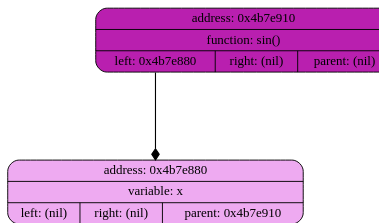
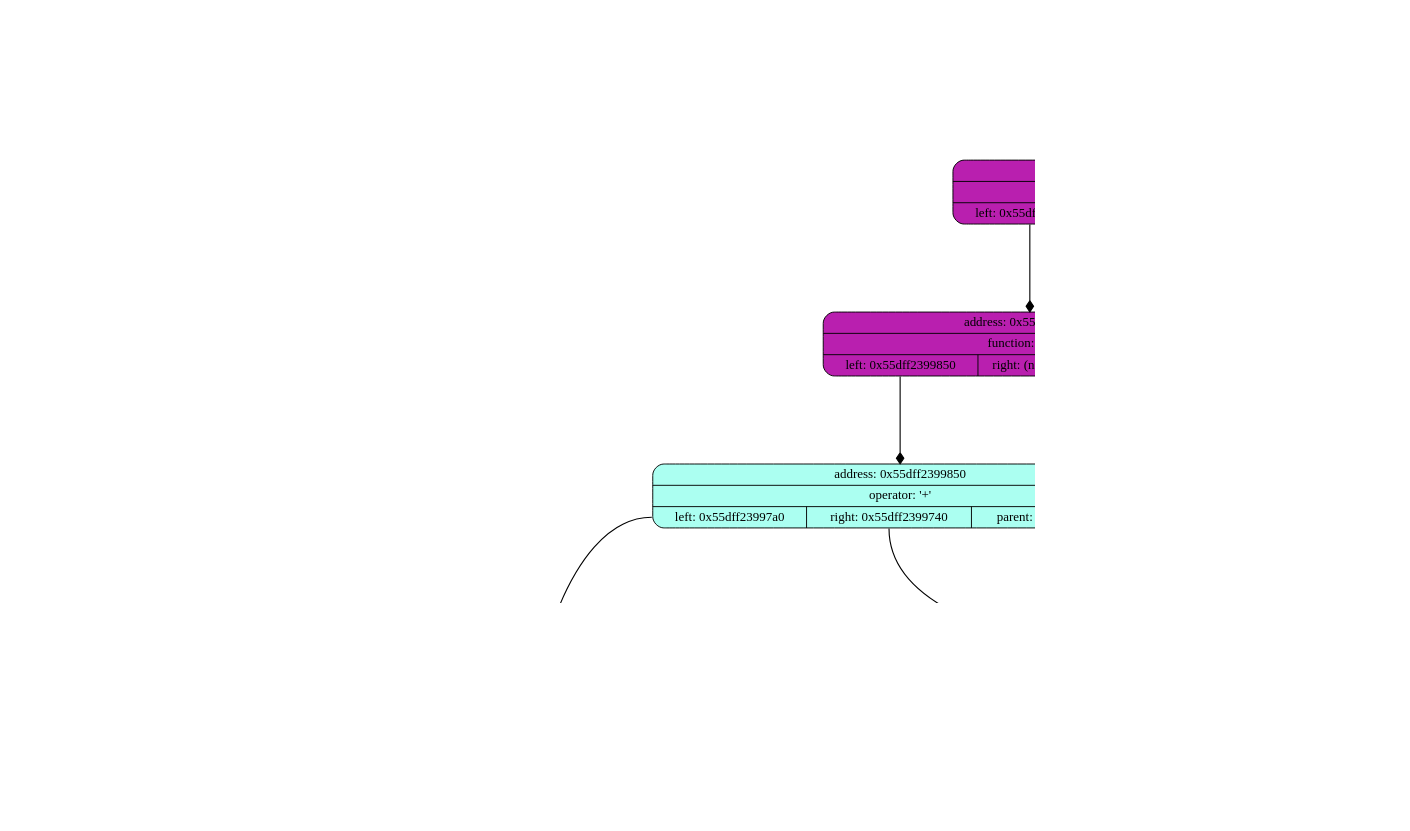
One commit to VictorBerbenets/Differentiator changed the diagram in data/list.dot. Above: the diagram before and after it, drawn with Graphviz. The commit also changed 22 other files, not shown here.

```diff
--- a/data/list.dot
+++ b/data/list.dot
@@ -1,13 +1,37 @@
 digraph List {
 	dpi = 100;
 	fontname = "Comic Sans MS";
 	fontsize = 20;
 	rankdir  = TB;
 graph [fillcolor = lightgreen, ranksep = 1.3, nodesep = 0.5, style = "rounded", color = green, penwidth = 2];
 edge [color = black, arrowhead = diamond, arrowsize = 1, penwidth = 1.2];
-node1 [shape = Mrecord, style = filled, fillcolor = "#B91FAF", label ="{address: 0x4b7e910|function: sin()| { <ptr1> left: 0x4b7e880| <ptr2> right: (nil)|parent: (nil)}}"]
-node2 [shape = Mrecord, style = filled, fillcolor = "#B91FAF", label ="{address: 0x4b7e910|function: sin()| { <ptr1> left: 0x4b7e880| <ptr2> right: (nil)|parent: (nil)}}"]
+node1 [shape = Mrecord, style = filled, fillcolor = "#B91FAF", label ="{address: 0x55dff2399970|function: sin()| { <ptr1> left: 0x55dff2399910| <ptr2> right: (nil)|parent: (nil)}}"]
+node2 [shape = Mrecord, style = filled, fillcolor = "#B91FAF", label ="{address: 0x55dff2399970|function: sin()| { <ptr1> left: 0x55dff2399910| <ptr2> right: (nil)|parent: (nil)}}"]
 node1: <ptr1> -> node2; 
-node2 [shape = Mrecord, style = filled, fillcolor = "#EEAAF1", label ="{address: 0x4b7e880|variable: x| { <ptr1> left: (nil)| <ptr2> right: (nil) |parent: 0x4b7e910}}"]
+node2 [shape = Mrecord, style = filled, fillcolor = "#B91FAF", label ="{address: 0x55dff2399910|function: arcsin()| { <ptr1> left: 0x55dff23998b0| <ptr2> right: (nil)|parent: 0x55dff2399970}}"]
+node3 [shape = Mrecord, style = filled, fillcolor = "#B91FAF", label ="{address: 0x55dff2399910|function: arcsin()| { <ptr1> left: 0x55dff23998b0| <ptr2> right: (nil)|parent: 0x55dff2399970}}"]
+node2: <ptr1> -> node3; 
+node3 [shape = Mrecord, style = filled, fillcolor = "#B91FAF", label ="{address: 0x55dff23998b0|function: arctg()| { <ptr1> left: 0x55dff2399850| <ptr2> right: (nil)|parent: 0x55dff2399910}}"]
+node4 [shape = Mrecord, style = filled, fillcolor = "#B91FAF", label ="{address: 0x55dff23998b0|function: arctg()| { <ptr1> left: 0x55dff2399850| <ptr2> right: (nil)|parent: 0x55dff2399910}}"]
+node3: <ptr1> -> node4; 
+node4 [shape = Mrecord, style = filled, fillcolor = "#ABFFF1", label ="{address: 0x55dff2399850|operator: '+'| { <ptr1> left: 0x55dff23997a0| <ptr2> right: 0x55dff2399740|parent: 0x55dff23998b0}}"]
+node5 [shape = Mrecord, style = filled, fillcolor = "#ABFFF1", label ="{address: 0x55dff2399850|operator: '+'| { <ptr1> left: 0x55dff23997a0| <ptr2> right: 0x55dff2399740|parent: 0x55dff23998b0}}"]
+node4: <ptr1> -> node5; node6 [shape = Mrecord, style = filled, fillcolor = "#ABFFF1", label ="{address: 0x55dff2399850|operator: '+'| { <ptr1> left: 0x55dff23997a0| <ptr2> right: 0x55dff2399740|parent: 0x55dff23998b0}}"]
+node4: <ptr2> -> node6; 
+node5 [shape = Mrecord, style = filled, fillcolor = "#ABFFF1", label ="{address: 0x55dff23997a0|operator: '^'| { <ptr1> left: 0x55dff23997d0| <ptr2> right: 0x55dff2399820|parent: 0x55dff2399850}}"]
+node7 [shape = Mrecord, style = filled, fillcolor = "#ABFFF1", label ="{address: 0x55dff23997a0|operator: '^'| { <ptr1> left: 0x55dff23997d0| <ptr2> right: 0x55dff2399820|parent: 0x55dff2399850}}"]
+node5: <ptr1> -> node7; node8 [shape = Mrecord, style = filled, fillcolor = "#ABFFF1", label ="{address: 0x55dff23997a0|operator: '^'| { <ptr1> left: 0x55dff23997d0| <ptr2> right: 0x55dff2399820|parent: 0x55dff2399850}}"]
+node5: <ptr2> -> node8; 
+node6 [shape = Mrecord, style = filled, fillcolor = "#ABFFF1", label ="{address: 0x55dff2399740|operator: '*'| { <ptr1> left: 0x55dff2399710| <ptr2> right: 0x55dff23996b0|parent: 0x55dff2399850}}"]
+node9 [shape = Mrecord, style = filled, fillcolor = "#ABFFF1", label ="{address: 0x55dff2399740|operator: '*'| { <ptr1> left: 0x55dff2399710| <ptr2> right: 0x55dff23996b0|parent: 0x55dff2399850}}"]
+node6: <ptr1> -> node9; node10 [shape = Mrecord, style = filled, fillcolor = "#ABFFF1", label ="{address: 0x55dff2399740|operator: '*'| { <ptr1> left: 0x55dff2399710| <ptr2> right: 0x55dff23996b0|parent: 0x55dff2399850}}"]
+node6: <ptr2> -> node10; 
+node7 [shape = Mrecord, style = filled, fillcolor = "#EEAAF1", label ="{address: 0x55dff23997d0|variable: x| { <ptr1> left: (nil)| <ptr2> right: (nil) |parent: 0x55dff23997a0}}"]
+
+node8 [shape = Mrecord, style = filled, fillcolor = "#FFD0D0", label ="{address: 0x55dff2399820|value: 2| { <ptr1> left: (nil)| <ptr2> right: (nil)|parent: 0x55dff23997a0}}"]
+
+node9 [shape = Mrecord, style = filled, fillcolor = "#FFD0D0", label ="{address: 0x55dff2399710|value: 5| { <ptr1> left: (nil)| <ptr2> right: (nil)|parent: 0x55dff2399740}}"]
+
+node10 [shape = Mrecord, style = filled, fillcolor = "#EEAAF1", label ="{address: 0x55dff23996b0|variable: y| { <ptr1> left: (nil)| <ptr2> right: (nil) |parent: 0x55dff2399740}}"]
 
 }
```
